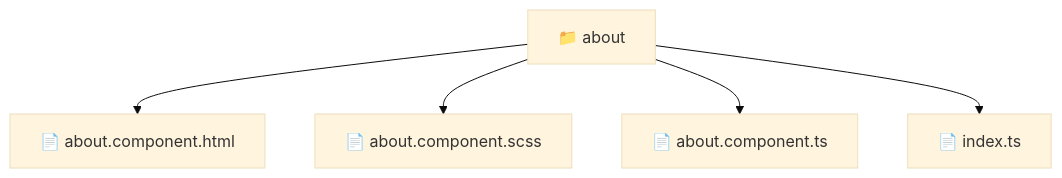
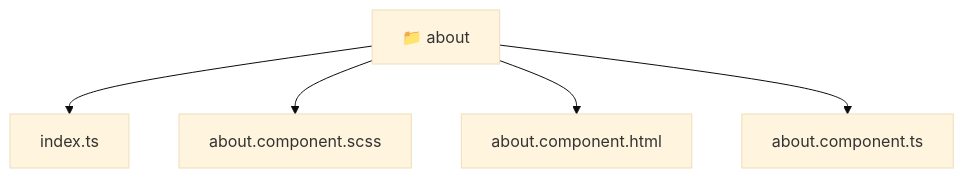
One commit to beginwebdev2002/fullstack-mavluda changed the diagram in frontend/src/pages/about/README.md. Above: the diagram before and after it, drawn with Mermaid (base theme). The commit also changed other lines of this file and 167 other files, not shown here.

````diff
--- a/frontend/src/pages/about/README.md
+++ b/frontend/src/pages/about/README.md
@@ -11,8 +11,12 @@
 ```mermaid
 graph TD
-  Root["📁 about"]
-  Root --> about_component_html["📄 about.component.html"]
-  Root --> about_component_scss["📄 about.component.scss"]
-  Root --> about_component_ts["📄 about.component.ts"]
-  Root --> index_ts["📄 index.ts"]
+  Root_about["📁 about"]
+  f_index_ts["index.ts"]
+  Root_about --> f_index_ts
+  f_about_component_scss["about.component.scss"]
+  Root_about --> f_about_component_scss
+  f_about_component_html["about.component.html"]
+  Root_about --> f_about_component_html
+  f_about_component_ts["about.component.ts"]
+  Root_about --> f_about_component_ts
 ```
````
